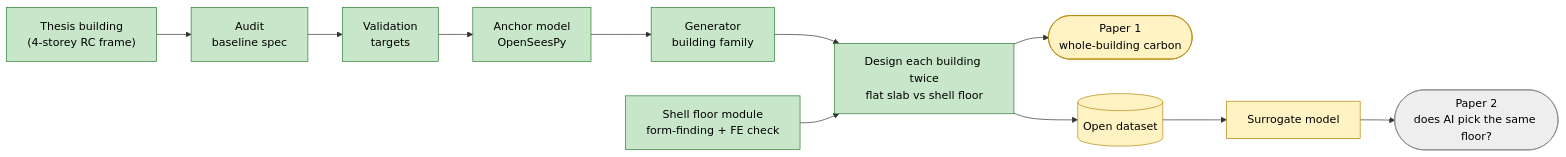
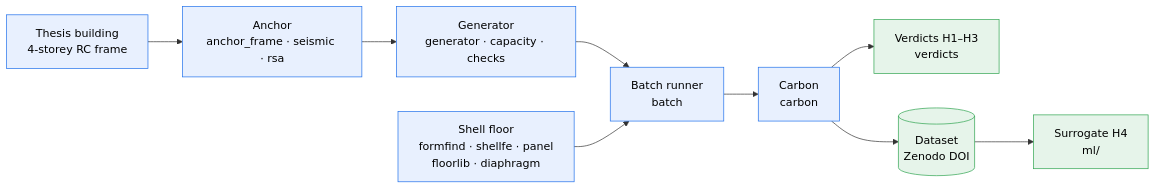
The diagram in README.md (syednafizreja/ShellBench), drawn with Mermaid before and after one commit. The commit also changed other lines of this file and 42 other files, not shown here.

````diff
--- a/README.md
+++ b/README.md
@@ -58,19 +81,16 @@
 ```mermaid
 flowchart LR
-    T["Thesis building<br/>(4-storey RC frame)"] --> A["Audit<br/>baseline spec"]
-    A --> V["Validation<br/>targets"]
-    V --> M["Anchor model<br/>OpenSeesPy"]
-    M --> G["Generator<br/>building family"]
-    G --> F["Design each building twice<br/>flat slab vs shell floor"]
-    S["Shell floor module<br/>form-finding + FE check"] --> F
-    F --> P1(["Paper 1<br/>whole-building carbon"])
-    F --> D[("Open dataset")]
-    D --> AI["Surrogate model"] --> P2(["Paper 2<br/>does AI pick the same floor?"])
+    T["Thesis building<br/>4-storey RC frame"] --> A["Anchor<br/>anchor_frame · seismic · rsa"]
+    A --> G["Generator<br/>generator · capacity · checks"]
+    G --> B["Batch runner<br/>batch"]
+    S["Shell floor<br/>formfind · shellfe · panel<br/>floorlib · diaphragm"] --> B
+    B --> C["Carbon<br/>carbon"]
+    C --> V["Verdicts H1–H3<br/>verdicts"]
+    C --> D[("Dataset<br/>Zenodo DOI")]
+    D --> M["Surrogate H4<br/>ml/"]
 
-    classDef done fill:#c8e6c9,stroke:#2e7d32,color:#000;
-    classDef doing fill:#fff3c4,stroke:#b8860b,color:#000;
-    classDef todo fill:#eeeeee,stroke:#888,color:#000;
-    class T,A,V,M,G,S,F done;
-    class D,AI,P1 doing;
-    class P2 todo;
+    classDef core fill:#e8f0fe,stroke:#1f6feb,color:#000;
+    classDef out fill:#e6f4ea,stroke:#2ea44f,color:#000;
+    class T,A,G,B,S,C core;
+    class V,D,M out;
 ```
````
